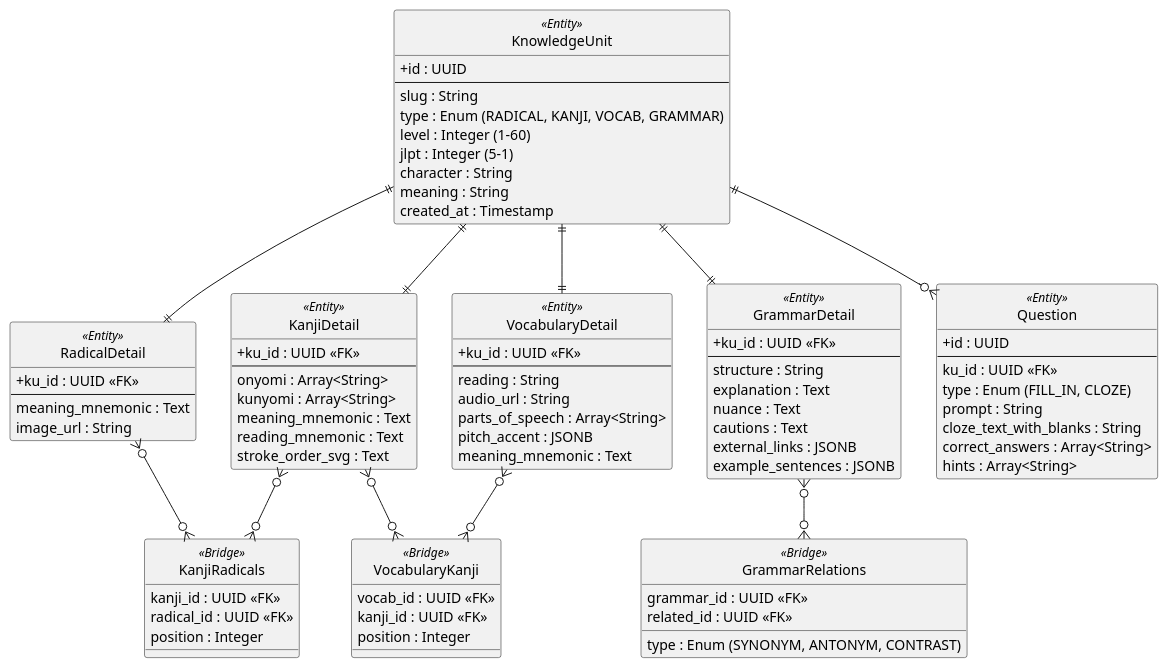
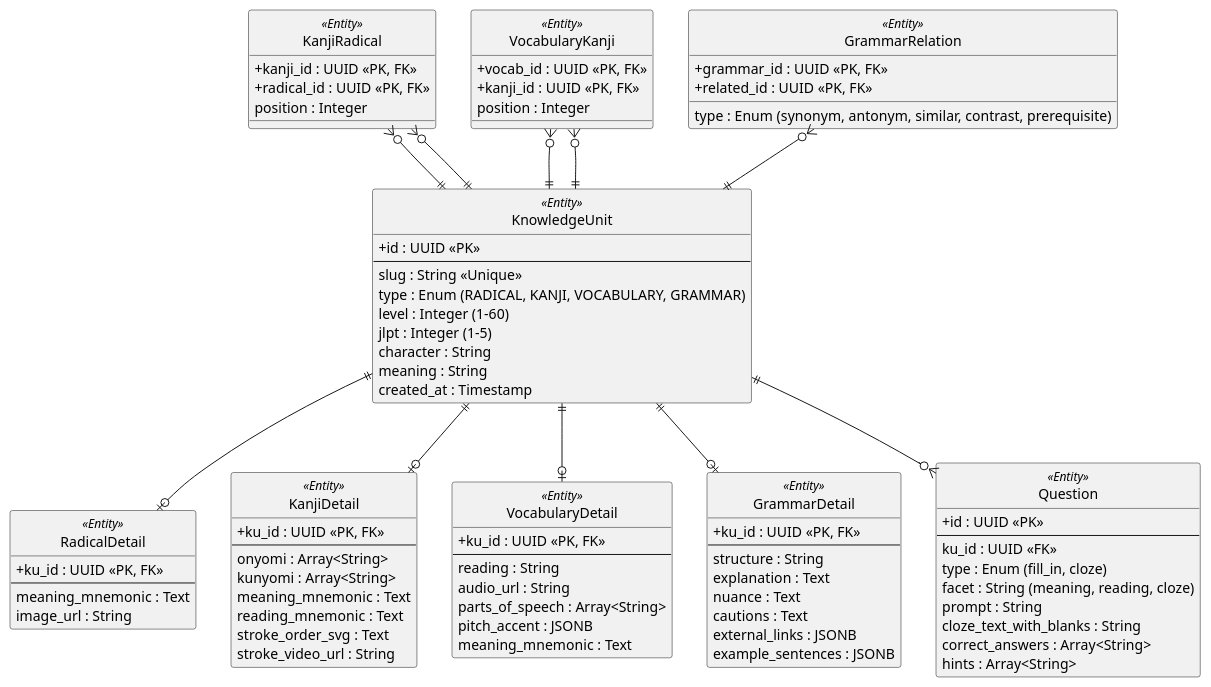
Before and after one commit to anhtranguyen-github/Hanachan: the diagram in docs/er/content-er.md, drawn with PlantUML. The commit also changed other lines of this file and 37 other files, not shown here.

Commit message:
docs: synchronize architecture and business flow documentation with final implementation

````diff
--- a/docs/er/content-er.md
+++ b/docs/er/content-er.md
@@ -10,12 +12,12 @@
 ' BASE ENTITY
 ' ==========================================
 class KnowledgeUnit <<Entity>> {
-  + id : UUID
+  + id : UUID <<PK>>
   --
-  slug : String
-  type : Enum (RADICAL, KANJI, VOCAB, GRAMMAR)
+  slug : String <<Unique>>
+  type : Enum (RADICAL, KANJI, VOCABULARY, GRAMMAR)
   level : Integer (1-60)
-  jlpt : Integer (5-1)
+  jlpt : Integer (1-5)
   character : String
   meaning : String
   created_at : Timestamp
@@ -25,24 +27,25 @@
 ' DETAIL ENTITIES (Extension-like 1:1)
 ' ==========================================
 class RadicalDetail <<Entity>> {
-  + ku_id : UUID <<FK>>
+  + ku_id : UUID <<PK, FK>>
   --
   meaning_mnemonic : Text
   image_url : String
 }
 
 class KanjiDetail <<Entity>> {
-  + ku_id : UUID <<FK>>
+  + ku_id : UUID <<PK, FK>>
   --
   onyomi : Array<String>
   kunyomi : Array<String>
   meaning_mnemonic : Text
   reading_mnemonic : Text
   stroke_order_svg : Text
+  stroke_video_url : String
 }
 
 class VocabularyDetail <<Entity>> {
-  + ku_id : UUID <<FK>>
+  + ku_id : UUID <<PK, FK>>
   --
   reading : String
   audio_url : String
@@ -52,7 +55,7 @@
 }
 
 class GrammarDetail <<Entity>> {
-  + ku_id : UUID <<FK>>
+  + ku_id : UUID <<PK, FK>>
   --
   structure : String
   explanation : Text
@@ -65,55 +68,54 @@
 ' ==========================================
 ' RELATIONSHIP (CROSS-REFERENCING)
 ' ==========================================
-class KanjiRadicals <<Bridge>> {
-  kanji_id : UUID <<FK>>
-  radical_id : UUID <<FK>>
+class KanjiRadical <<Entity>> {
+  + kanji_id : UUID <<PK, FK>>
+  + radical_id : UUID <<PK, FK>>
   position : Integer
 }
 
-class VocabularyKanji <<Bridge>> {
-  vocab_id : UUID <<FK>>
-  kanji_id : UUID <<FK>>
+class VocabularyKanji <<Entity>> {
+  + vocab_id : UUID <<PK, FK>>
+  + kanji_id : UUID <<PK, FK>>
   position : Integer
 }
 
-class GrammarRelations <<Bridge>> {
-  grammar_id : UUID <<FK>>
-  related_id : UUID <<FK>>
-  type : Enum (SYNONYM, ANTONYM, CONTRAST)
+class GrammarRelation <<Entity>> {
+  + grammar_id : UUID <<PK, FK>>
+  + related_id : UUID <<PK, FK>>
+  type : Enum (synonym, antonym, similar, contrast, prerequisite)
 }
 
 ' ==========================================
-' CONNECTIONS
-' ==========================================
-KnowledgeUnit ||--|| RadicalDetail
-KnowledgeUnit ||--|| KanjiDetail
-KnowledgeUnit ||--|| VocabularyDetail
-KnowledgeUnit ||--|| GrammarDetail
-
-KanjiDetail }o--o{ KanjiRadicals
-RadicalDetail }o--o{ KanjiRadicals
-
-VocabularyDetail }o--o{ VocabularyKanji
-KanjiDetail }o--o{ VocabularyKanji
-
-GrammarDetail }o--o{ GrammarRelations
-
-' ==========================================
-' QUESTION LINK (Transition to Learning)
+' QUESTION DOMAIN
 ' ==========================================
 class Question <<Entity>> {
-  + id : UUID
+  + id : UUID <<PK>>
   --
   ku_id : UUID <<FK>>
-  type : Enum (FILL_IN, CLOZE)
+  type : Enum (fill_in, cloze)
+  facet : String (meaning, reading, cloze)
   prompt : String
   cloze_text_with_blanks : String
   correct_answers : Array<String>
   hints : Array<String>
 }
 
+' ==========================================
+' CONNECTIONS
+' ==========================================
+KnowledgeUnit ||--o| RadicalDetail
+KnowledgeUnit ||--o| KanjiDetail
+KnowledgeUnit ||--o| VocabularyDetail
+KnowledgeUnit ||--o| GrammarDetail
 KnowledgeUnit ||--o{ Question
+
+' Cross-Refs
+KanjiRadical }o--|| KnowledgeUnit
+KanjiRadical }o--|| KnowledgeUnit
+VocabularyKanji }o--|| KnowledgeUnit
+VocabularyKanji }o--|| KnowledgeUnit
+GrammarRelation }o--|| KnowledgeUnit
 
 @enduml
 ```
````
